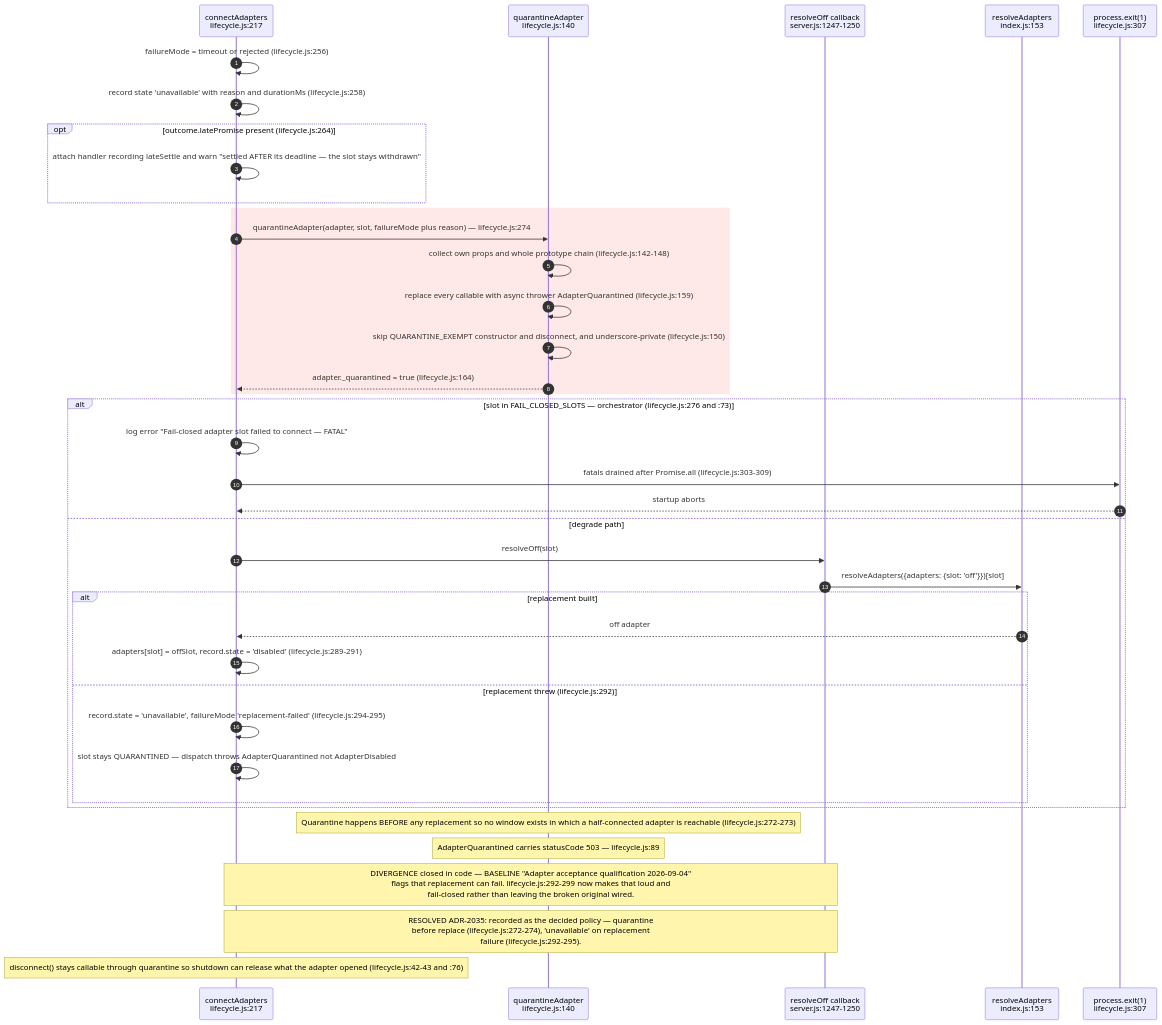
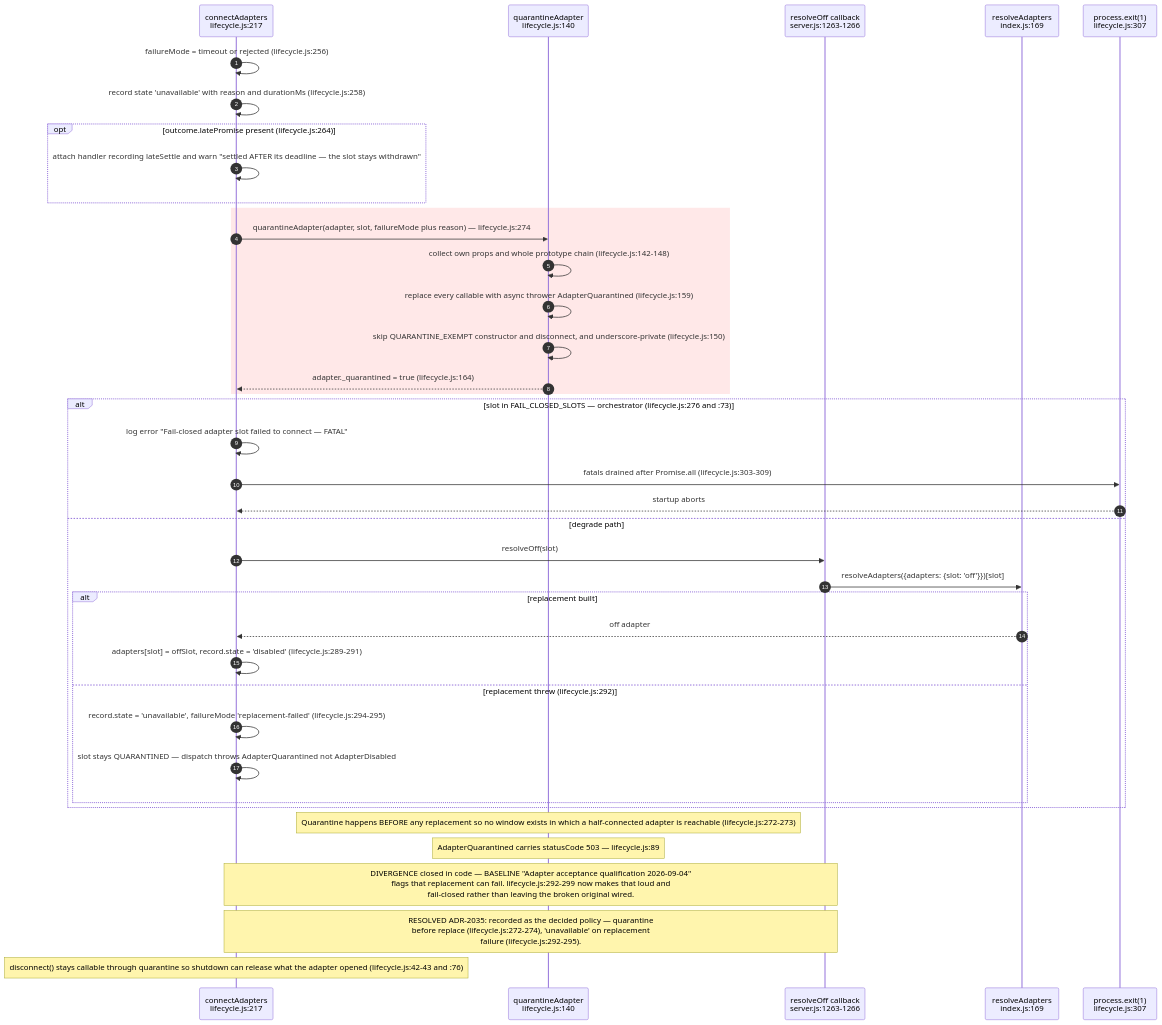
The seventh of 16 diagrams in docs/diagrams/agentbox/04-adapter-spine.md (DreamLab-AI/AR-AI-Knowledge-Graph), drawn with Mermaid before and after one commit. The commit also changed other lines of this file and 73 other files, not shown here.

First line of the commit message:
docs(diagrams): re-verify all 71 topic files against HEAD; add --cite-check

````diff
--- a/docs/diagrams/agentbox/04-adapter-spine.md
+++ b/docs/diagrams/agentbox/04-adapter-spine.md
@@ -294,42 +295,42 @@
 ```mermaid
 sequenceDiagram
     autonumber
     participant LC as connectAdapters<br/>lifecycle.js:217
     participant Q as quarantineAdapter<br/>lifecycle.js:140
-    participant RO as resolveOff callback<br/>server.js:1247-1250
-    participant IDX as resolveAdapters<br/>index.js:153
+    participant RO as resolveOff callback<br/>server.js:1263-1266
+    participant IDX as resolveAdapters<br/>index.js:169
     participant PX as process.exit(1)<br/>lifecycle.js:307
 
     LC->>LC: failureMode = timeout or rejected (lifecycle.js:256)
     LC->>LC: record state 'unavailable' with reason and durationMs (lifecycle.js:258)
     opt outcome.latePromise present (lifecycle.js:264)
         LC->>LC: attach handler recording lateSettle and warn "settled AFTER its deadline — the slot stays withdrawn"
     end
     rect rgb(255, 232, 232)
         LC->>Q: quarantineAdapter(adapter, slot, failureMode plus reason) — lifecycle.js:274
         Q->>Q: collect own props and whole prototype chain (lifecycle.js:142-148)
         Q->>Q: replace every callable with async thrower AdapterQuarantined (lifecycle.js:159)
         Q->>Q: skip QUARANTINE_EXEMPT constructor and disconnect, and underscore-private (lifecycle.js:150)
         Q-->>LC: adapter._quarantined = true (lifecycle.js:164)
     end
     alt slot in FAIL_CLOSED_SLOTS — orchestrator (lifecycle.js:276 and :73)
         LC->>LC: log error "Fail-closed adapter slot failed to connect — FATAL"
         LC->>PX: fatals drained after Promise.all (lifecycle.js:303-309)
         PX-->>LC: startup aborts
     else degrade path
         LC->>RO: resolveOff(slot)
         RO->>IDX: resolveAdapters({adapters: {slot: 'off'}})[slot]
         alt replacement built
             IDX-->>LC: off adapter
             LC->>LC: adapters[slot] = offSlot, record.state = 'disabled' (lifecycle.js:289-291)
         else replacement threw (lifecycle.js:292)
             LC->>LC: record.state = 'unavailable', failureMode 'replacement-failed' (lifecycle.js:294-295)
             LC->>LC: slot stays QUARANTINED — dispatch throws AdapterQuarantined not AdapterDisabled
         end
     end
     Note over Q: Quarantine happens BEFORE any replacement so no window exists in which a half-connected adapter is reachable (lifecycle.js:272-273)
     Note over Q: AdapterQuarantined carries statusCode 503 — lifecycle.js:89
     Note over LC,RO: DIVERGENCE closed in code — BASELINE "Adapter acceptance qualification 2026-09-04"<br/>flags that replacement can fail. lifecycle.js:292-299 now makes that loud and<br/>fail-closed rather than leaving the broken original wired.
     Note over LC,RO: RESOLVED ADR-2035: recorded as the decided policy — quarantine<br/>before replace (lifecycle.js:272-274), 'unavailable' on replacement<br/>failure (lifecycle.js:292-295).
     Note over LC: disconnect() stays callable through quarantine so shutdown can release what the adapter opened (lifecycle.js:42-43 and :76)
 ```
````
